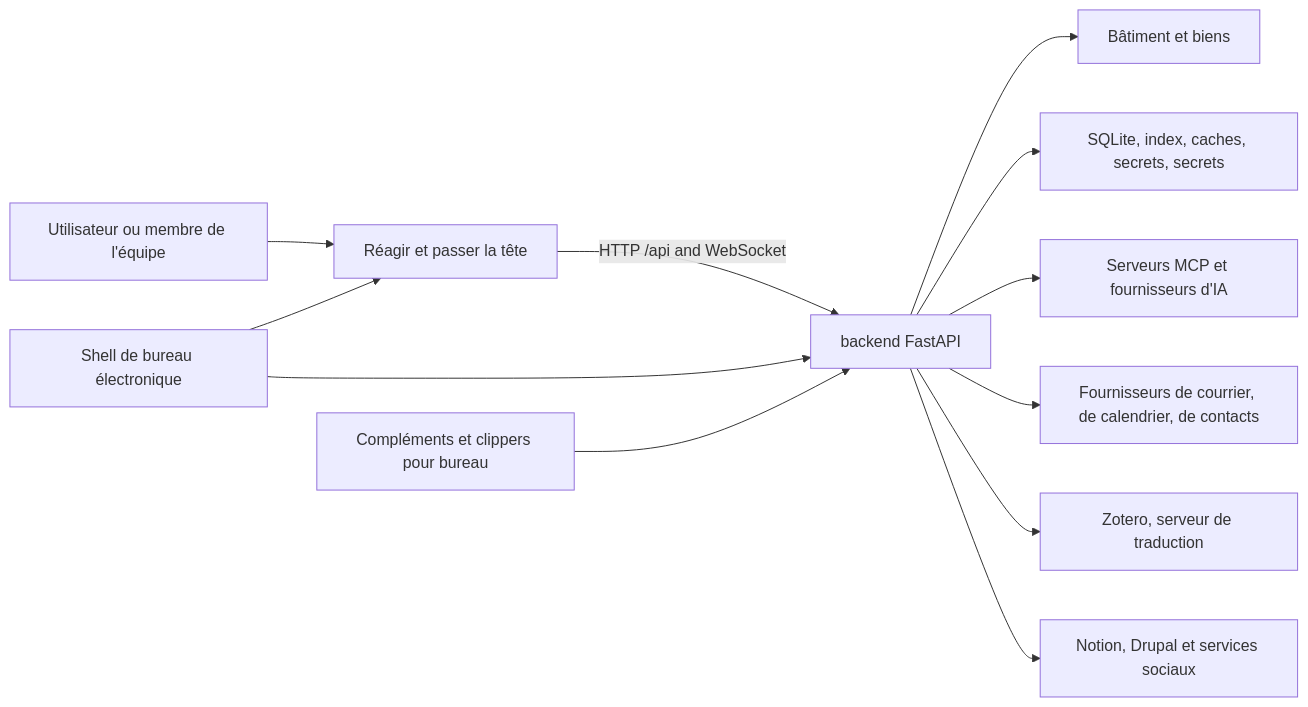
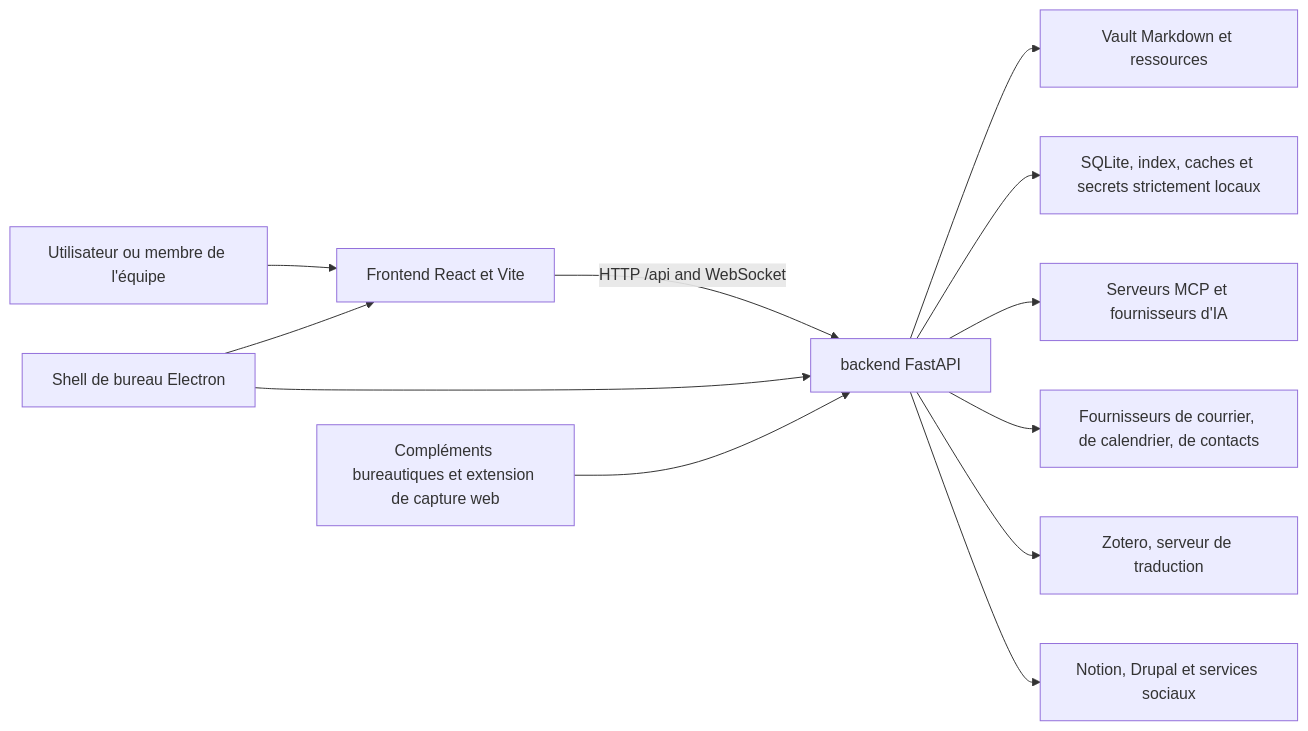
Before and after one commit to ismigar/Gnosi: the diagram in docs/engineering-fr/architecture/system-context.md, drawn with Mermaid. The commit also changed other lines of this file and 96 other files, not shown here.

````diff
--- a/docs/engineering-fr/architecture/system-context.md
+++ b/docs/engineering-fr/architecture/system-context.md
@@ -33,14 +33,14 @@
 ```mermaid
 flowchart LR
-    User["Utilisateur ou membre de l'équipe"] --> UI["Réagir et passer la tête"]
+    User["Utilisateur ou membre de l'équipe"] --> UI["Frontend React et Vite"]
     UI -->|HTTP /api and WebSocket| API["backend FastAPI"]
-    API --> Vault["Bâtiment et biens"]
-    API --> Local["SQLite, index, caches, secrets, secrets"]
+    API --> Vault["Vault Markdown et ressources"]
+    API --> Local["SQLite, index, caches et secrets strictement locaux"]
     API --> MCP["Serveurs MCP et fournisseurs d'IA"]
     API --> Comms["Fournisseurs de courrier, de calendrier, de contacts"]
     API --> Zotero["Zotero, serveur de traduction"]
     API --> Publish["Notion, Drupal et services sociaux"]
-    Desktop["Shell de bureau électronique"] --> UI
+    Desktop["Shell de bureau Electron"] --> UI
     Desktop --> API
-    Office["Compléments et clippers pour bureau"] --> API
+    Office["Compléments bureautiques et extension de capture web"] --> API
 ```
````
